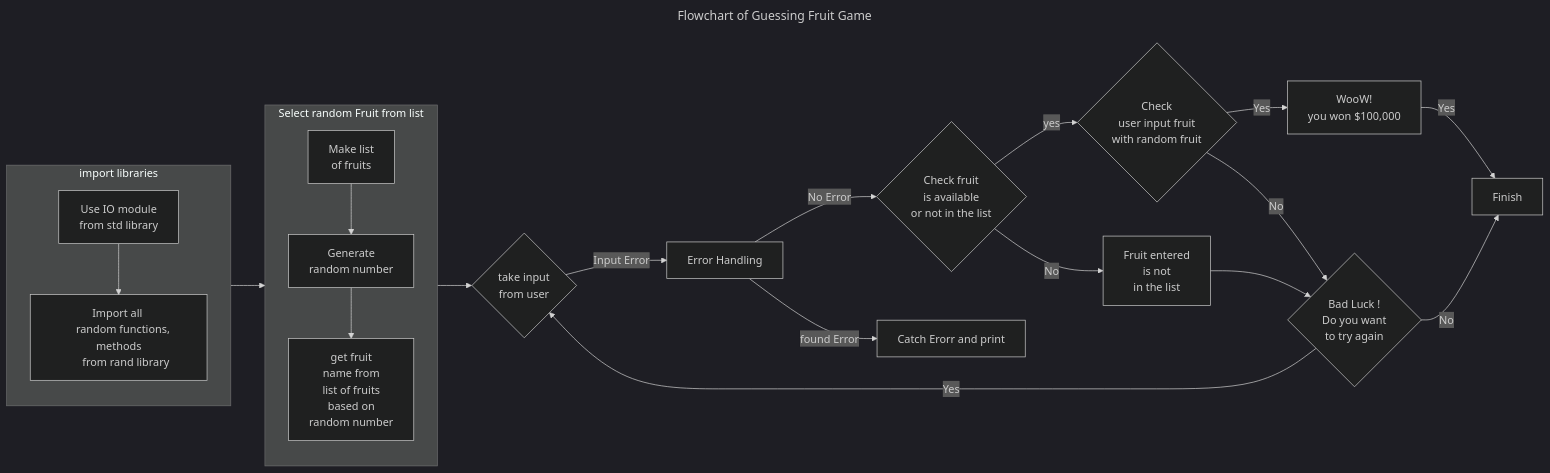
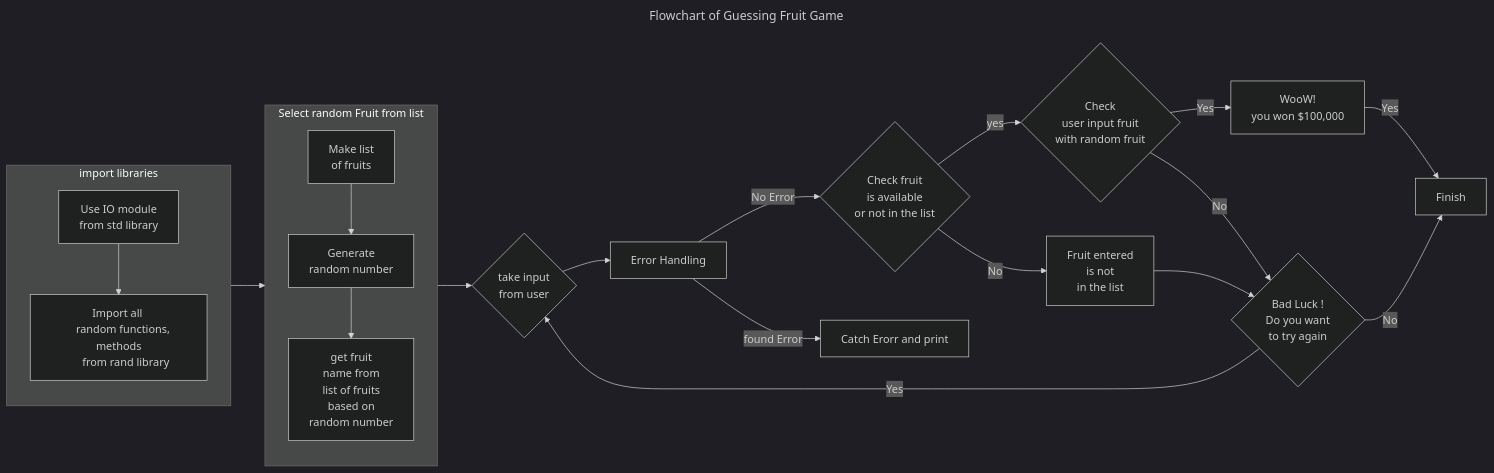
Before and after one commit to Kalpa-Ranjan/rust_guessing_game: the first of 2 diagrams in README.md, drawn with Mermaid (dark theme).

Commit message:
Update README.md v0.08

````diff
--- a/README.md
+++ b/README.md
@@ -5,80 +5,80 @@
 ```mermaid
 ---
 title: Flowchart of Guessing Fruit Game
 ---
 flowchart LR
     subgraph import[import libraries]
     direction TB
     std[Use IO module
     from std library]
 
     rand[Import all 
     random functions, methods
      from rand library]
     end
     std --> rand
 
     subgraph select[Select random Fruit from list]
     direction TB
 
     fruitslist[Make list
     of fruits]
 
     randNo[Generate
     random number]
 
     randomfruit[get fruit
     name from 
     list of fruits 
     based on
     random number
     ]
     end
 
     fruitslist --> randNo --> randomfruit
     
     inputfromuser{take input
     from user}
 
 
 
     errorHandling[Error Handling]
 
     check{Check 
     user input fruit
     with random fruit}
 
     Checkfruit{Check fruit 
     is available 
     or not in the list}
 
     Nofruitavailable[Fruit entered
      is not 
      in the list]
 
     Yesfruitavailable[WooW!
     you won $100,000]
 
     Finish[Finish]
 
     tryagain{Bad Luck !
     Do you want 
     to try again}
 
 
 
-    import --> select --> inputfromuser --Input Error --> errorHandling --No Error --> Checkfruit
+    import --> select --> inputfromuser --> errorHandling --No Error --> Checkfruit
 
     errorHandling --found Error --> catherrorprint[Catch Erorr and print]
 
     Checkfruit -- yes --> check --Yes --> Yesfruitavailable --Yes --> Finish
 
     check -- No --> tryagain
     Checkfruit -- No --> Nofruitavailable --> tryagain
 
     tryagain -- No --> Finish
 
     tryagain -- Yes --> inputfromuser
 
 
 ```
````
